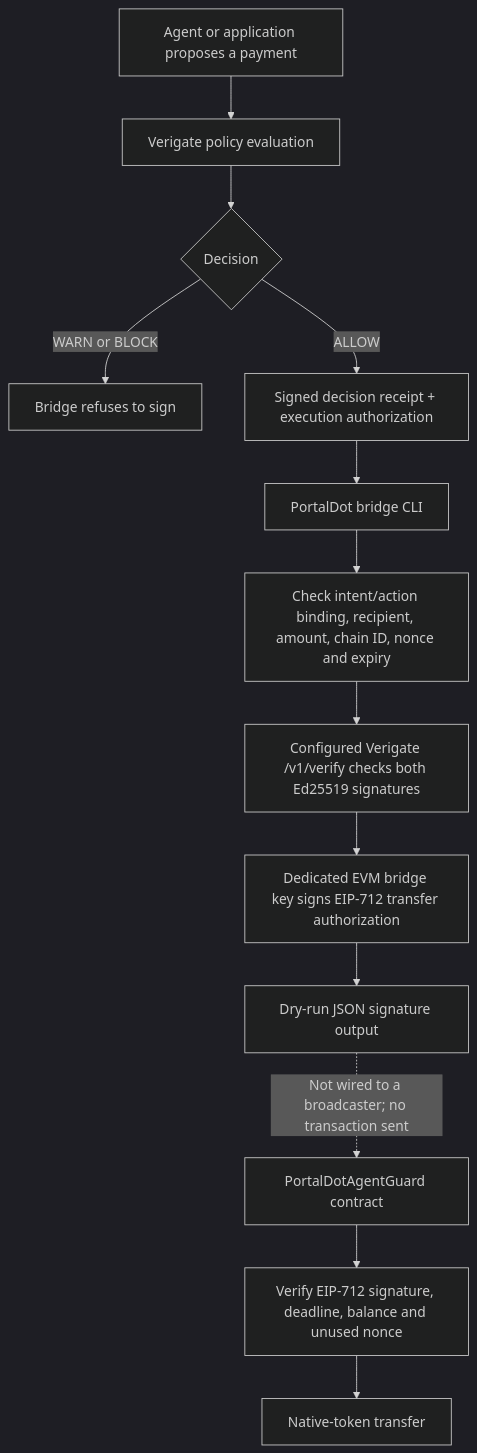
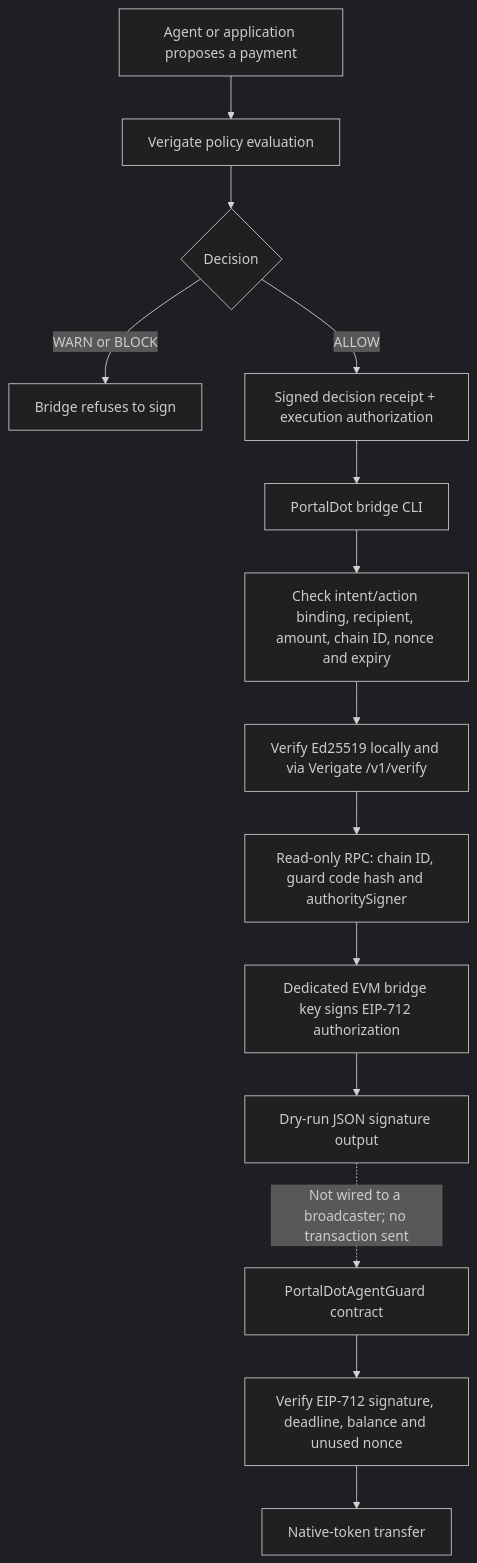
The diagram in docs/architecture.md (rudimentall1/verigate-portaldot), drawn with Mermaid (dark theme) before and after one commit. The commit also changed other lines of this file and 5 other files, not shown here.

Commit message:
docs: align trust-boundary docs with verified bridge checks

````diff
--- a/docs/architecture.md
+++ b/docs/architecture.md
@@ -7,15 +7,16 @@
 ```mermaid
 flowchart TD
     A["Agent or application proposes a payment"] --> B["Verigate policy evaluation"]
     B --> C{"Decision"}
     C -->|WARN or BLOCK| X["Bridge refuses to sign"]
     C -->|ALLOW| D["Signed decision receipt + execution authorization"]
     D --> E["PortalDot bridge CLI"]
     E --> F["Check intent/action binding, recipient, amount, chain ID, nonce and expiry"]
-    F --> G["Configured Verigate /v1/verify checks both Ed25519 signatures"]
-    G --> H["Dedicated EVM bridge key signs EIP-712 transfer authorization"]
-    H --> I["Dry-run JSON signature output"]
+    F --> G["Verify Ed25519 locally and via Verigate /v1/verify"]
+    G --> H["Read-only RPC: chain ID, guard code hash and authoritySigner"]
+    H --> H2["Dedicated EVM bridge key signs EIP-712 authorization"]
+    H2 --> I["Dry-run JSON signature output"]
     I -. "Not wired to a broadcaster; no transaction sent" .-> J["PortalDotAgentGuard contract"]
     J --> K["Verify EIP-712 signature, deadline, balance and unused nonce"]
     K --> L["Native-token transfer"]
 ```
````
